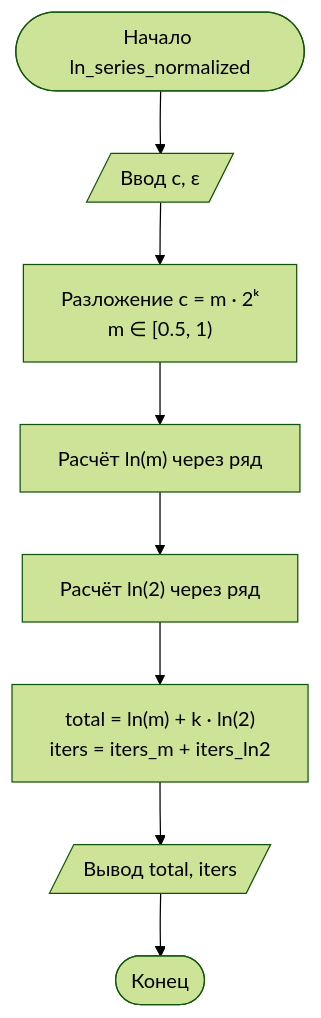
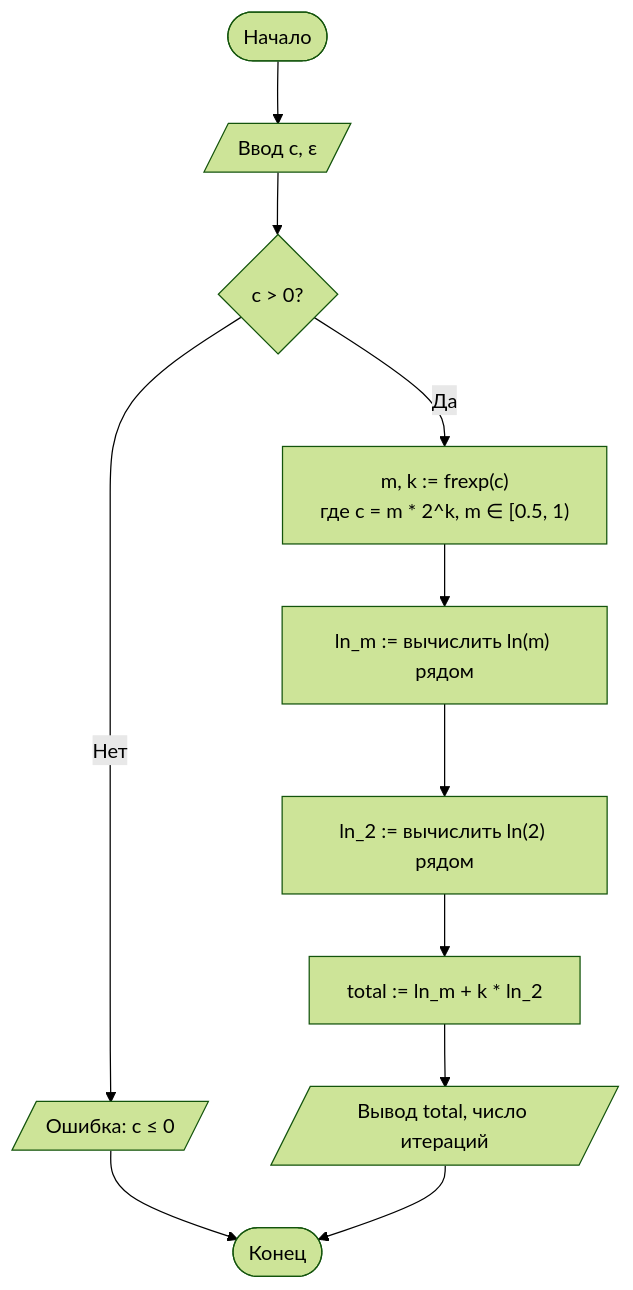
The third of 3 diagrams in lab 1/lab1.md (Randomaser/Python_labs), drawn with Mermaid (forest theme) before and after one commit. The commit also changed other lines of this file and 4 other files, not shown here.

````diff
--- a/lab 1/lab1.md
+++ b/lab 1/lab1.md
@@ -227,10 +166,11 @@
 ```mermaid
 flowchart TD
-    A([Начало ln_series_normalized]) --> B[/Ввод c, ε/]
-    B --> C["Разложение c = m · 2ᵏ<br/>m ∈ [0.5, 1)"]
-    C --> D["Расчёт ln(m) через ряд"]
-    D --> E["Расчёт ln(2) через ряд"]
-    E --> F["total = ln(m) + k · ln(2)<br/>iters = iters_m + iters_ln2"]
-    F --> G[/Вывод total, iters/] --> Z([Конец])
-
+    A([Начало]) --> B[/Ввод c, ε/]
+    B --> C{"c > 0?"}
+    C -- Нет --> D[/Ошибка: c ≤ 0/] --> Z([Конец])
+    C -- Да --> E["m, k := frexp(c)\nгде c = m * 2^k, m ∈ [0.5, 1)"]
+    E --> F["ln_m := вычислить ln(m) рядом"]
+    F --> G["ln_2 := вычислить ln(2) рядом"]
+    G --> H["total := ln_m + k * ln_2"]
+    H --> I[/Вывод total, число итераций/] --> Z
 ```
````
